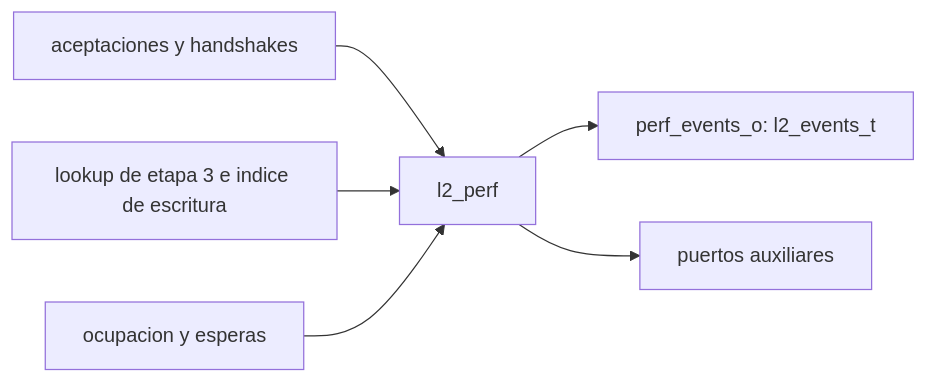
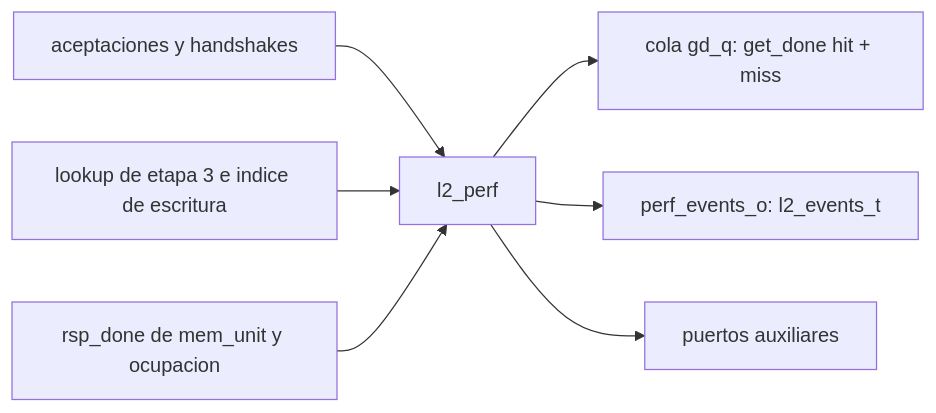
One commit to luisfeliTEC-0603/PORYGON changed diagram 17 of 21 in docs/ii-proyecto/cache_l2.md. Above: the diagram before and after it, drawn with Mermaid. The commit also changed other lines of this file, not shown here.

````diff
--- a/docs/ii-proyecto/cache_l2.md
+++ b/docs/ii-proyecto/cache_l2.md
@@ -356,8 +388,9 @@
 ```mermaid
 flowchart LR
   S1[aceptaciones y handshakes] --> PF[l2_perf]
   S2[lookup de etapa 3 e indice de escritura] --> PF
-  S3[ocupacion y esperas] --> PF
+  S3[rsp_done de mem_unit y ocupacion] --> PF
+  PF --> COL[cola gd_q: get_done hit + miss]
   PF --> EV[perf_events_o: l2_events_t]
   PF --> AUX[puertos auxiliares]
 ```
````
